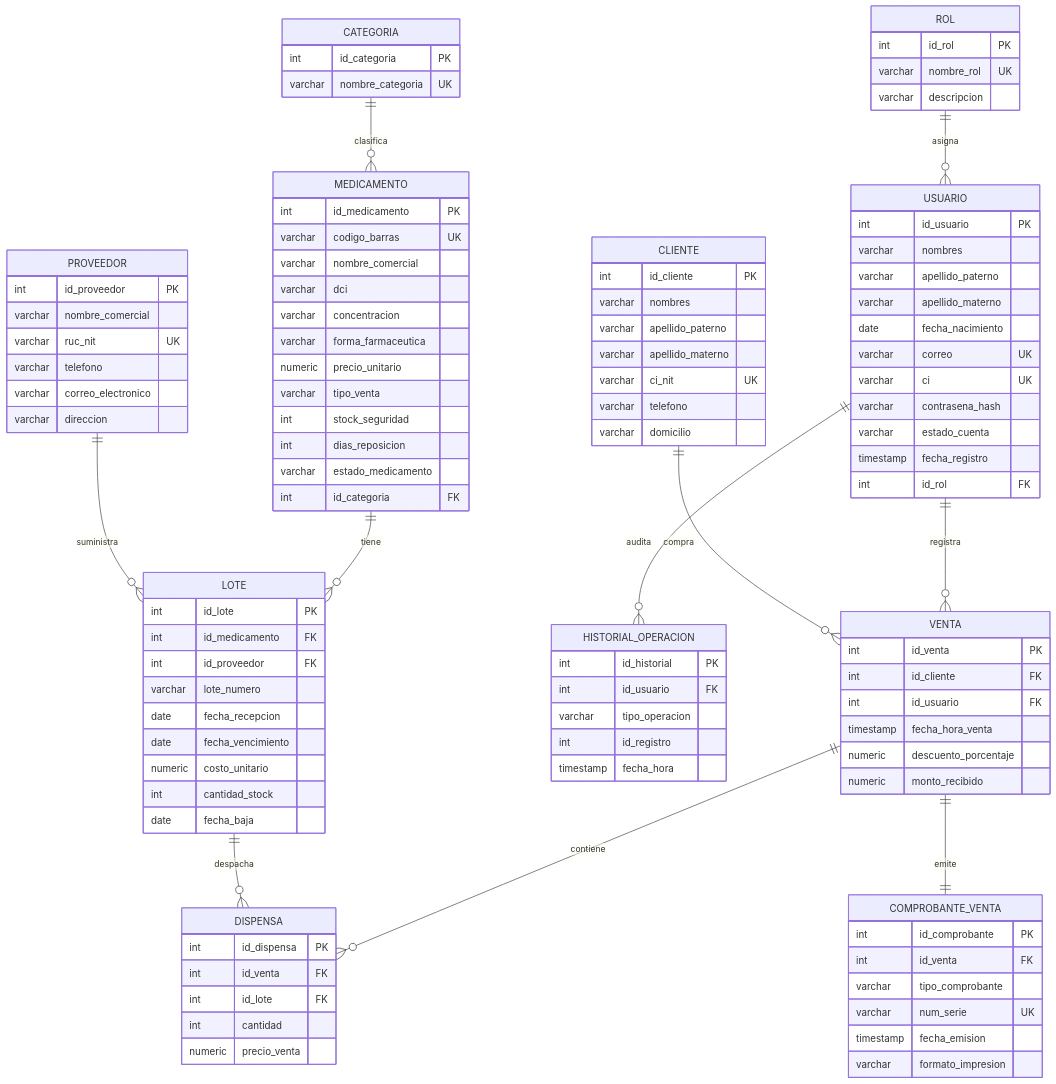
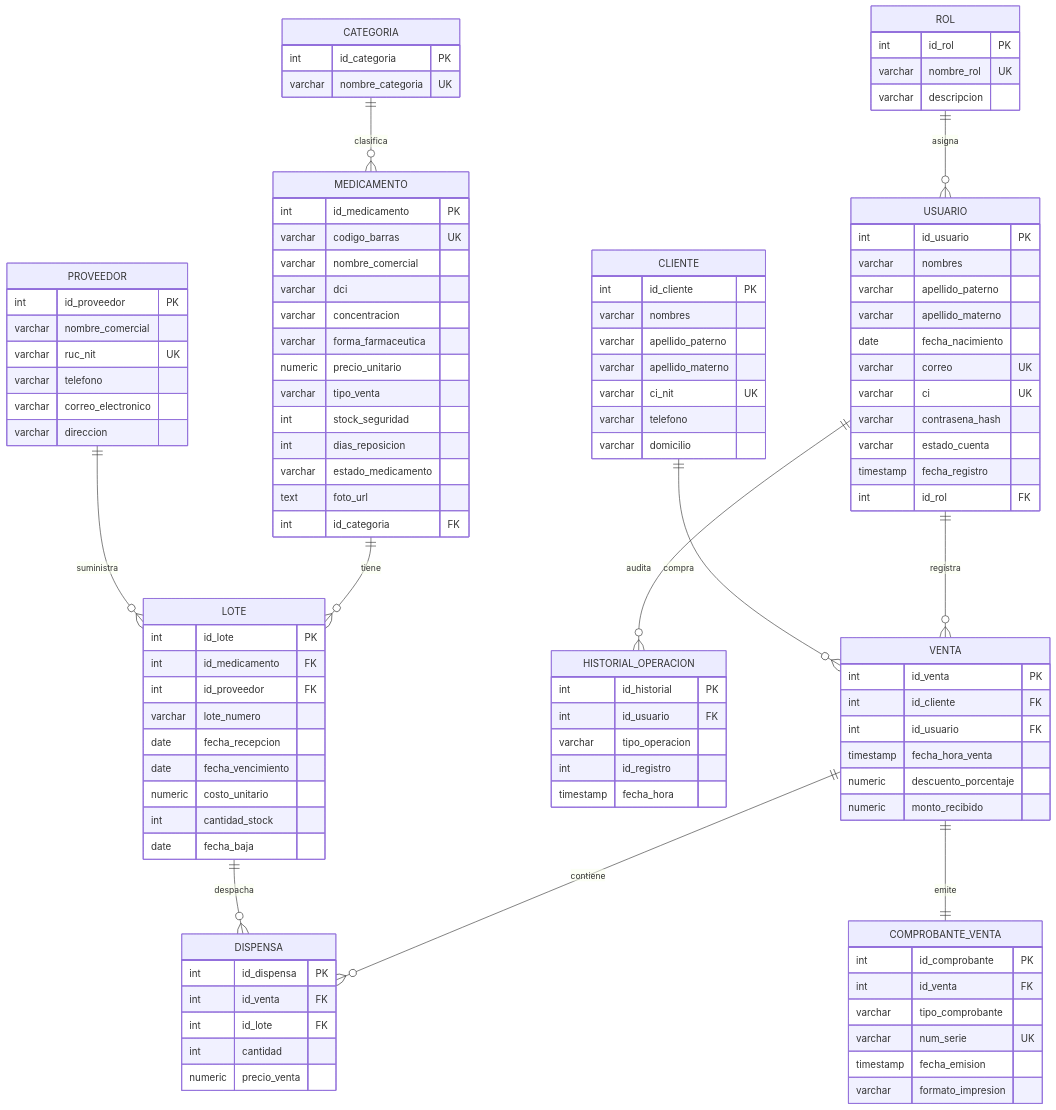
One commit to T-T-MoY/Software-de-Control-de-Inventario-y-Ventas-para-Farmacias changed the first of 2 diagrams in docs/MODELO-DATOS.md. Above: the diagram before and after it, drawn with Mermaid. The commit also changed other lines of this file and 35 other files, not shown here.

```diff
--- a/docs/MODELO-DATOS.md
+++ b/docs/MODELO-DATOS.md
@@ -58,6 +58,7 @@
         int stock_seguridad
         int dias_reposicion
         varchar estado_medicamento
+        text foto_url
         int id_categoria FK
     }
 
```
